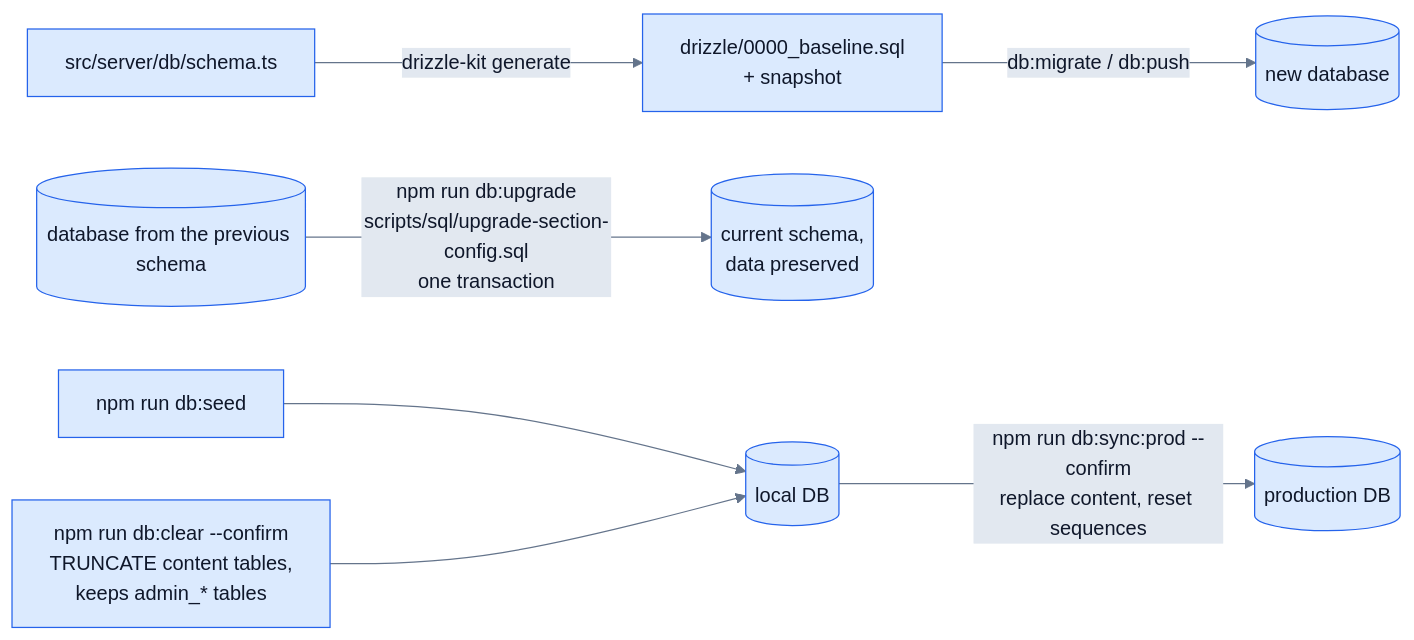
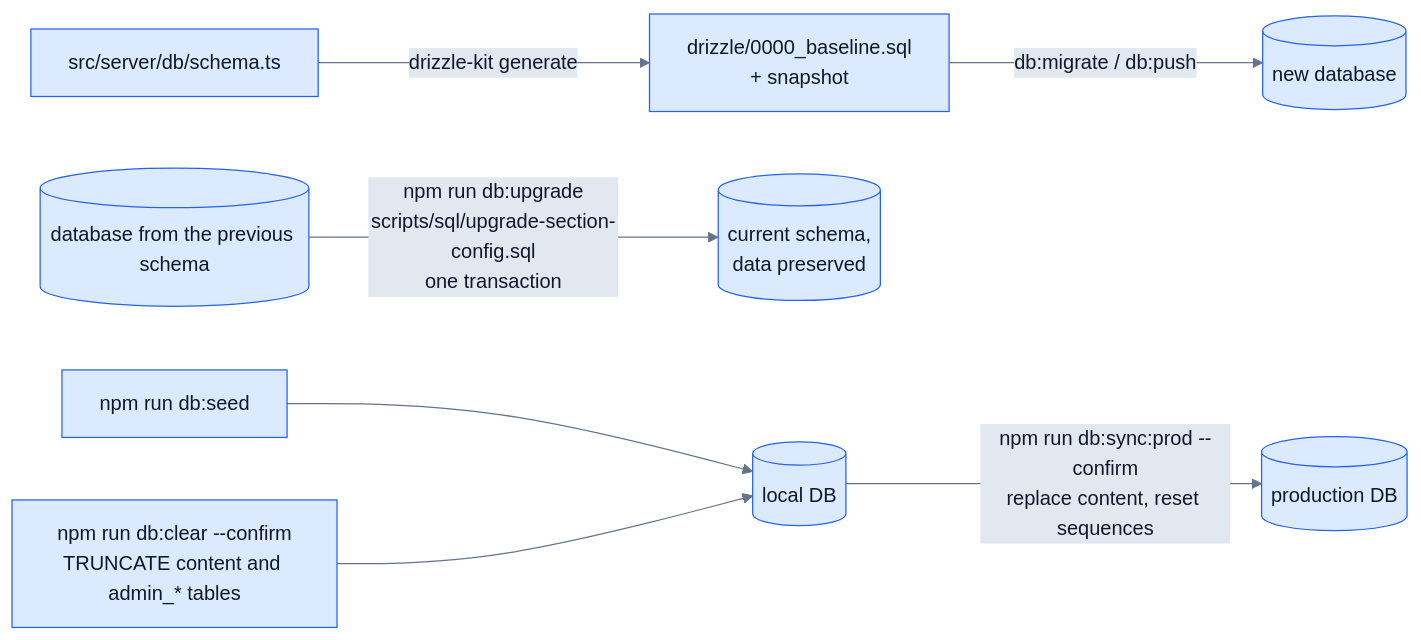
One commit to mhmdsbr/portfolio changed diagram 14 of 14 in docs/database-architecture.md. Above: the diagram before and after it, drawn with Mermaid. The commit also changed other lines of this file and 3 other files, not shown here.

Commit message:
fix: fix signup url issue, added admin sessions clear to clear.ts

````diff
--- a/docs/database-architecture.md
+++ b/docs/database-architecture.md
@@ -513,11 +513,11 @@
 ```mermaid
 %%{init: {'theme':'base','themeVariables':{'primaryColor':'#dbeafe','primaryTextColor':'#0f172a','primaryBorderColor':'#2563eb','secondaryColor':'#e0f2fe','tertiaryColor':'#f1f5f9','lineColor':'#64748b','textColor':'#0f172a','mainBkg':'#dbeafe','nodeBorder':'#2563eb','clusterBkg':'#f1f5f9','clusterBorder':'#94a3b8','titleColor':'#0f172a','edgeLabelBackground':'#e2e8f0'}}}%%
 flowchart LR
     SCH["src/server/db/schema.ts"] -->|drizzle-kit generate| MIG["drizzle/0000_baseline.sql<br/>+ snapshot"]
     MIG -->|db:migrate / db:push| NEW[("new database")]
     OLD[("database from the previous schema")] -->|"npm run db:upgrade<br/>scripts/sql/upgrade-section-config.sql<br/>one transaction"| NEW2[("current schema,<br/>data preserved")]
 
     SEED["npm run db:seed"] --> LOCAL[("local DB")]
-    CLEAR["npm run db:clear --confirm<br/>TRUNCATE content tables,<br/>keeps admin_* tables"] --> LOCAL
+    CLEAR["npm run db:clear --confirm<br/>TRUNCATE content and admin_* tables"] --> LOCAL
     LOCAL -->|"npm run db:sync:prod --confirm<br/>replace content, reset sequences"| PROD[("production DB")]
 ```
````
